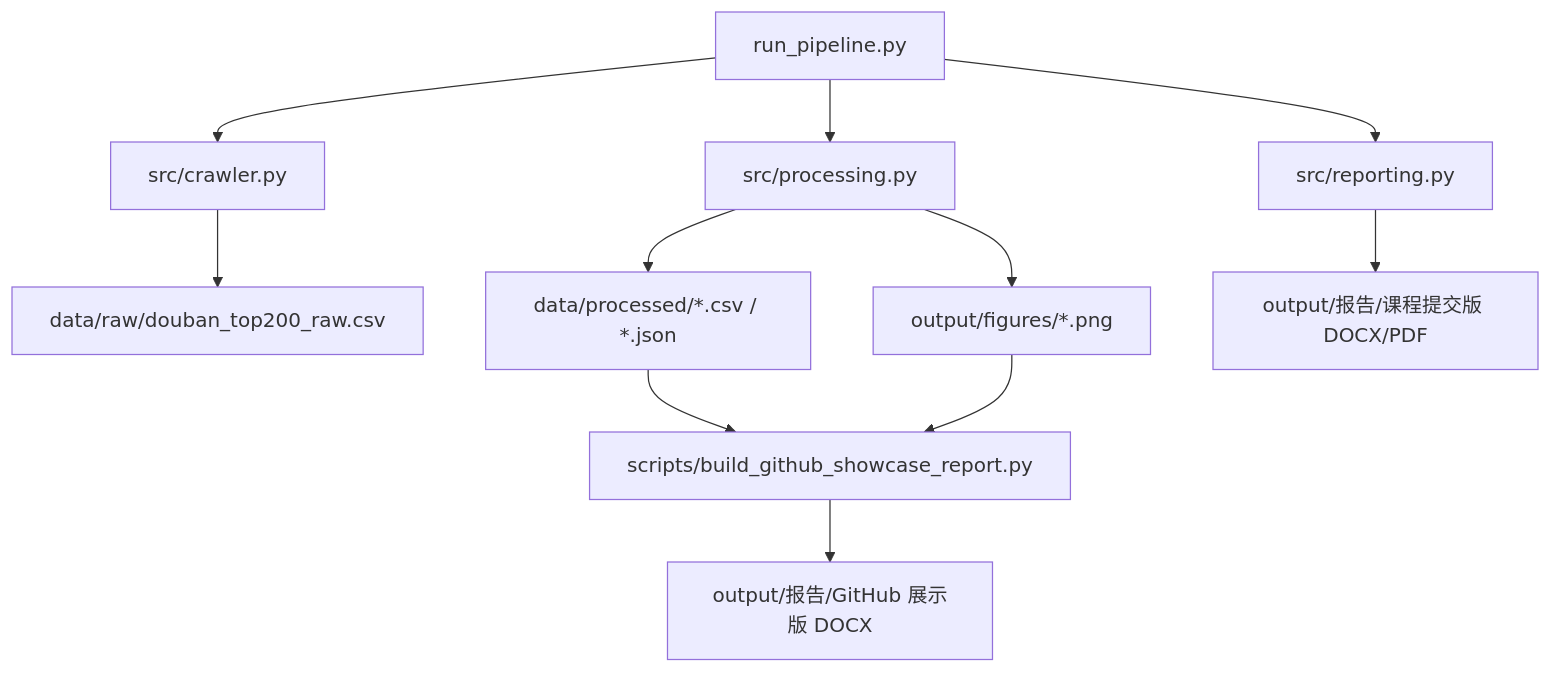
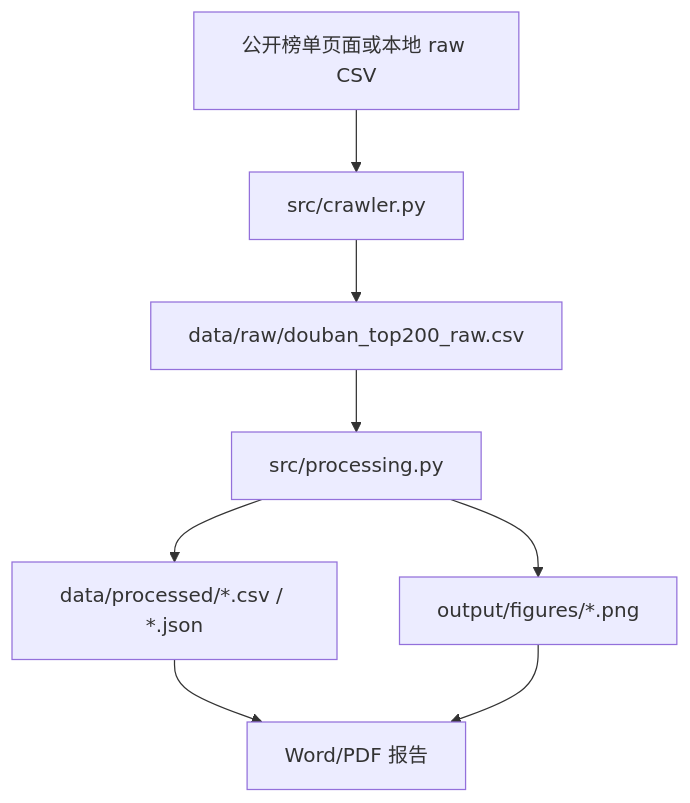
The diagram in docs/project_overview.md (zl097932-ai/douban-top200-data-analysis), drawn with Mermaid before and after one commit. The commit also changed other lines of this file and 4 other files, not shown here.

Commit message:
Refocus GitHub presentation on results

````diff
--- a/docs/project_overview.md
+++ b/docs/project_overview.md
@@ -19,13 +38,10 @@
 ```mermaid
 flowchart TD
-    A["run_pipeline.py"] --> B["src/crawler.py"]
-    A --> C["src/processing.py"]
-    A --> D["src/reporting.py"]
-    B --> E["data/raw/douban_top200_raw.csv"]
-    C --> F["data/processed/*.csv / *.json"]
-    C --> G["output/figures/*.png"]
-    D --> H["output/报告/课程提交版 DOCX/PDF"]
-    I["scripts/build_github_showcase_report.py"] --> J["output/报告/GitHub 展示版 DOCX"]
-    F --> I
-    G --> I
+    A["公开榜单页面或本地 raw CSV"] --> B["src/crawler.py"]
+    B --> C["data/raw/douban_top200_raw.csv"]
+    C --> D["src/processing.py"]
+    D --> E["data/processed/*.csv / *.json"]
+    D --> F["output/figures/*.png"]
+    E --> G["Word/PDF 报告"]
+    F --> G
 ```
````
